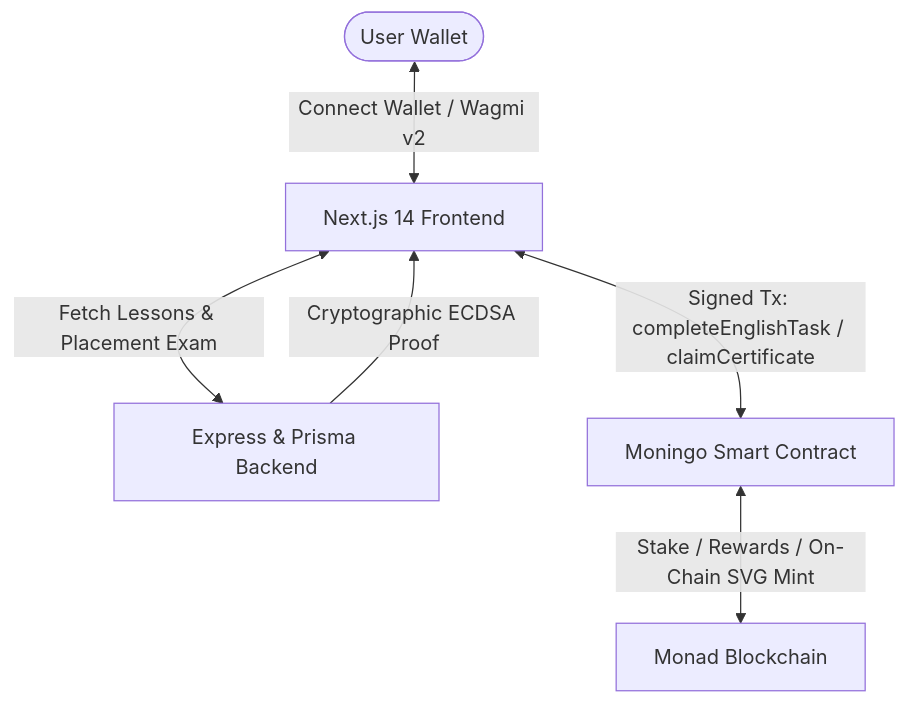
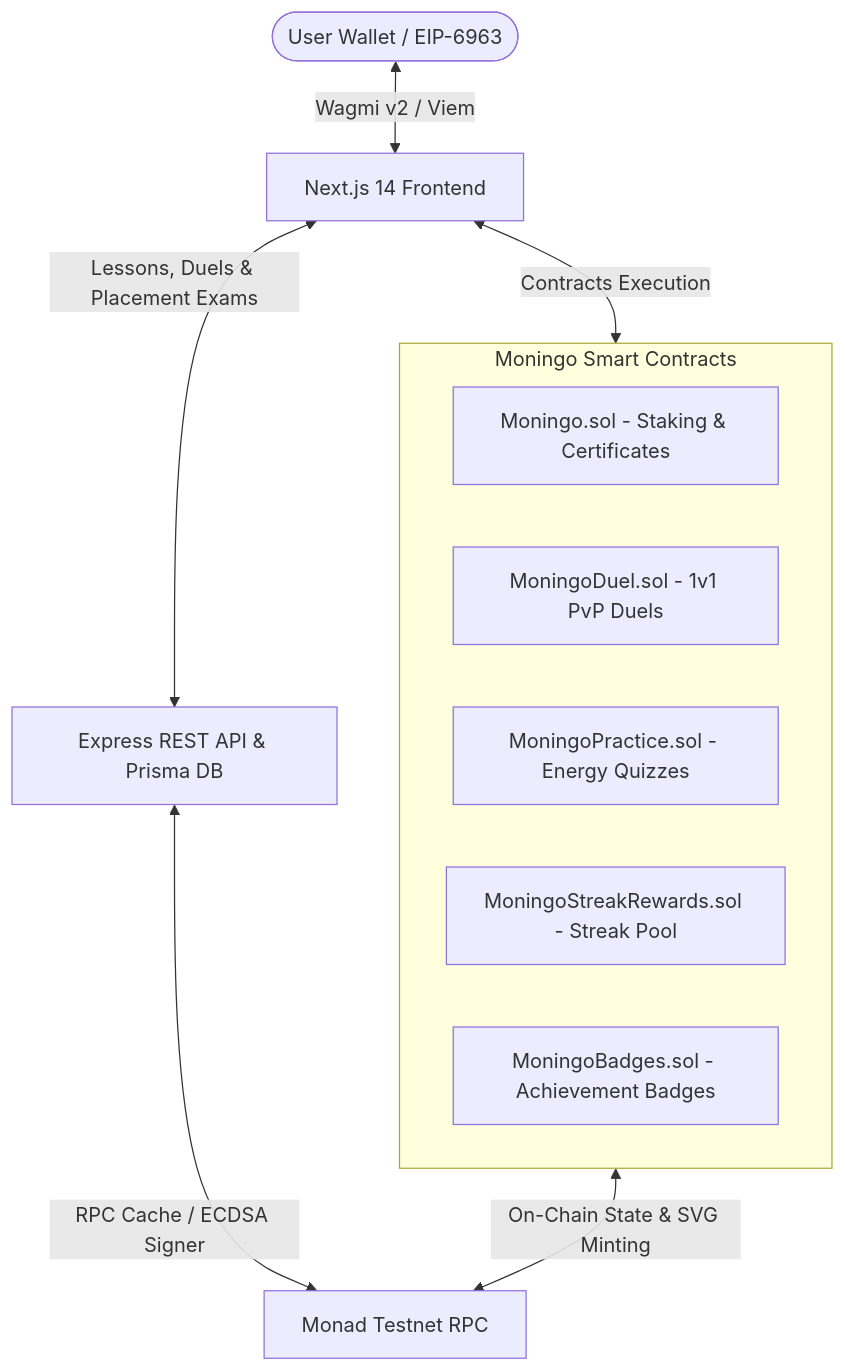
Before and after one commit to ibosta/monad-hackathon: the diagram in README.md, drawn with Mermaid. The commit also changed other lines of this file, not shown here.

Commit message:
feat: readme dokümantasyonu yeni maskot ikonu ve monad teknoloji detaylarıyla güncellendi

````diff
--- a/README.md
+++ b/README.md
@@ -40,8 +68,17 @@
 ```mermaid
 flowchart TD
-    User([User Wallet]) <-->|Connect Wallet / Wagmi v2| Frontend[Next.js 14 Frontend]
-    Frontend <-->|Fetch Lessons & Placement Exam| Backend[Express & Prisma Backend]
-    Backend -->|Cryptographic ECDSA Proof| Frontend
-    Frontend <-->|Signed Tx: completeEnglishTask / claimCertificate| Contract[Moningo Smart Contract]
-    Contract <-->|Stake / Rewards / On-Chain SVG Mint| MonadNetwork[Monad Blockchain]
+    User([User Wallet / EIP-6963]) <-->|Wagmi v2 / Viem| Frontend[Next.js 14 Frontend]
+    Frontend <-->|Lessons, Duels & Placement Exams| Backend[Express REST API & Prisma DB]
+    Backend <-->|RPC Cache / ECDSA Signer| MonadRPC[Monad Testnet RPC]
+    Frontend <-->|Contracts Execution| Contracts[Moningo Contract Ecosystem]
+    
+    subgraph Contracts [Moningo Smart Contracts]
+        MoningoCore[Moningo.sol - Staking & Certificates]
+        MoningoDuel[MoningoDuel.sol - 1v1 PvP Duels]
+        MoningoPractice[MoningoPractice.sol - Energy Quizzes]
+        MoningoStreak[MoningoStreakRewards.sol - Streak Pool]
+        MoningoBadges[MoningoBadges.sol - Achievement Badges]
+    end
+
+    Contracts <-->|On-Chain State & SVG Minting| MonadRPC
 ```
````
